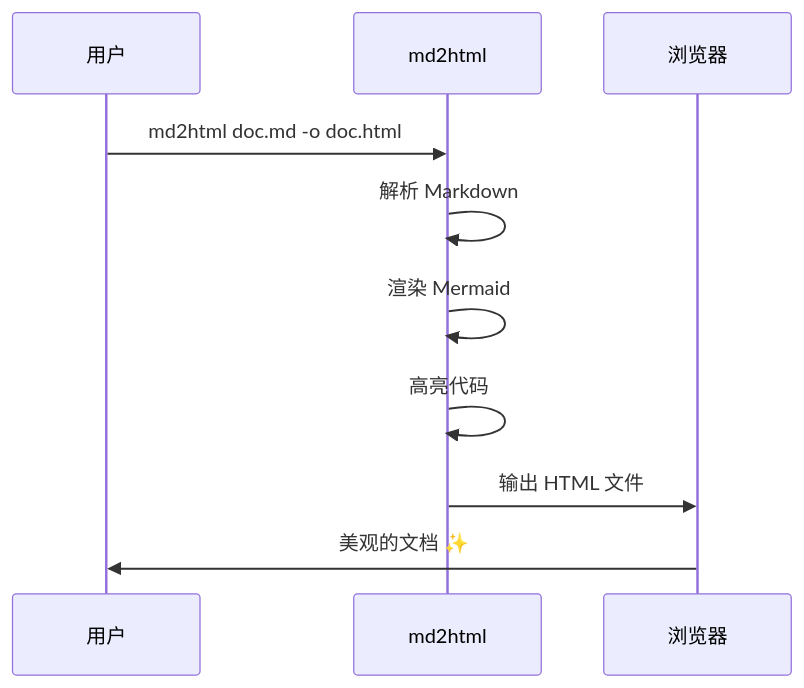
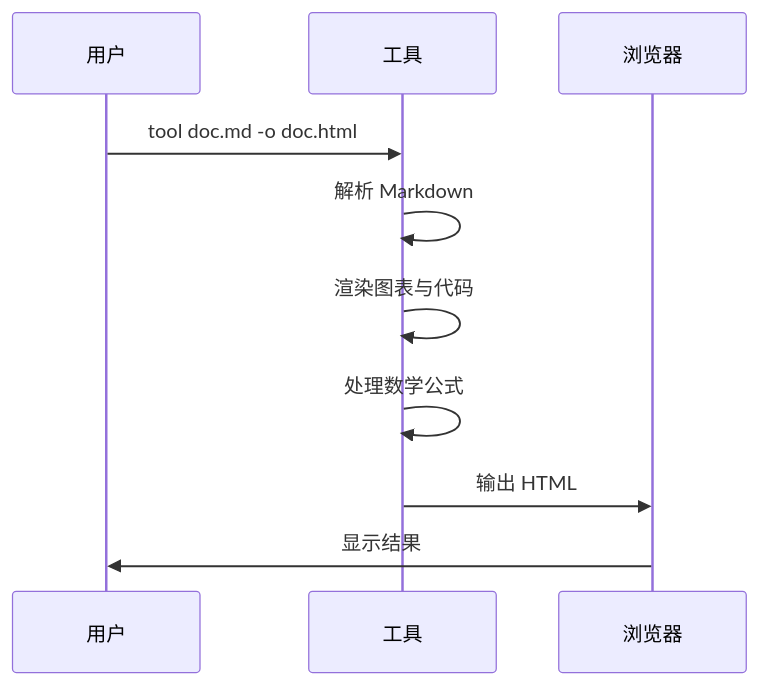
One commit to neobuilding/markflow changed the second of 4 diagrams in examples/demo.md. Above: the diagram before and after it, drawn with Mermaid. The commit also changed other lines of this file and 23 other files, not shown here.

````diff
--- a/examples/demo.md
+++ b/examples/demo.md
@@ -67,13 +78,13 @@
 ```mermaid
 sequenceDiagram
     participant U as 用户
-    participant T as md2html
+    participant T as 工具
     participant B as 浏览器
 
-    U->>T: md2html doc.md -o doc.html
+    U->>T: tool doc.md -o doc.html
     T->>T: 解析 Markdown
-    T->>T: 渲染 Mermaid
-    T->>T: 高亮代码
-    T->>B: 输出 HTML 文件
-    B->>U: 美观的文档 ✨
+    T->>T: 渲染图表与代码
+    T->>T: 处理数学公式
+    T->>B: 输出 HTML
+    B->>U: 显示结果
 ```
````
